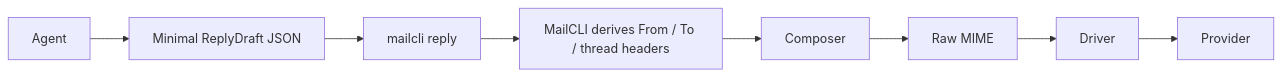
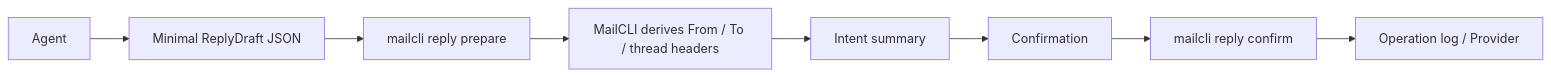
Before and after one commit to nonozone/MailCli: the second of 2 diagrams in README.md, drawn with Mermaid. The commit also changed other lines of this file and 16 other files, not shown here.

Commit message:
feat: add reply intent confirmation

````diff
--- a/README.md
+++ b/README.md
@@ -424,10 +427,10 @@
 ```mermaid
 flowchart LR
   A["Agent"] --> B["Minimal ReplyDraft JSON"]
-  B --> C["mailcli reply"]
+  B --> C["mailcli reply prepare"]
   C --> D["MailCLI derives From / To / thread headers"]
-  D --> E["Composer"]
-  E --> F["Raw MIME"]
-  F --> G["Driver"]
-  G --> H["Provider"]
+  D --> E["Intent summary"]
+  E --> F["Confirmation"]
+  F --> G["mailcli reply confirm"]
+  G --> H["Operation log / Provider"]
 ```
````
